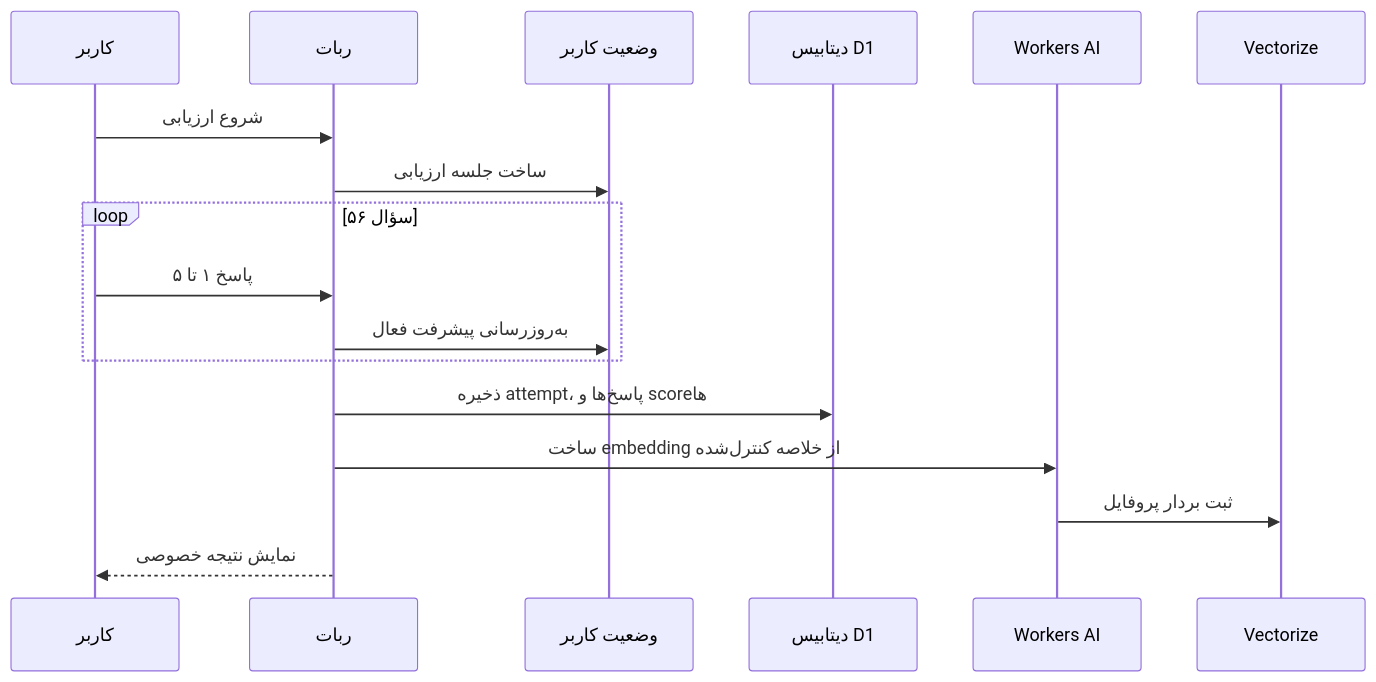
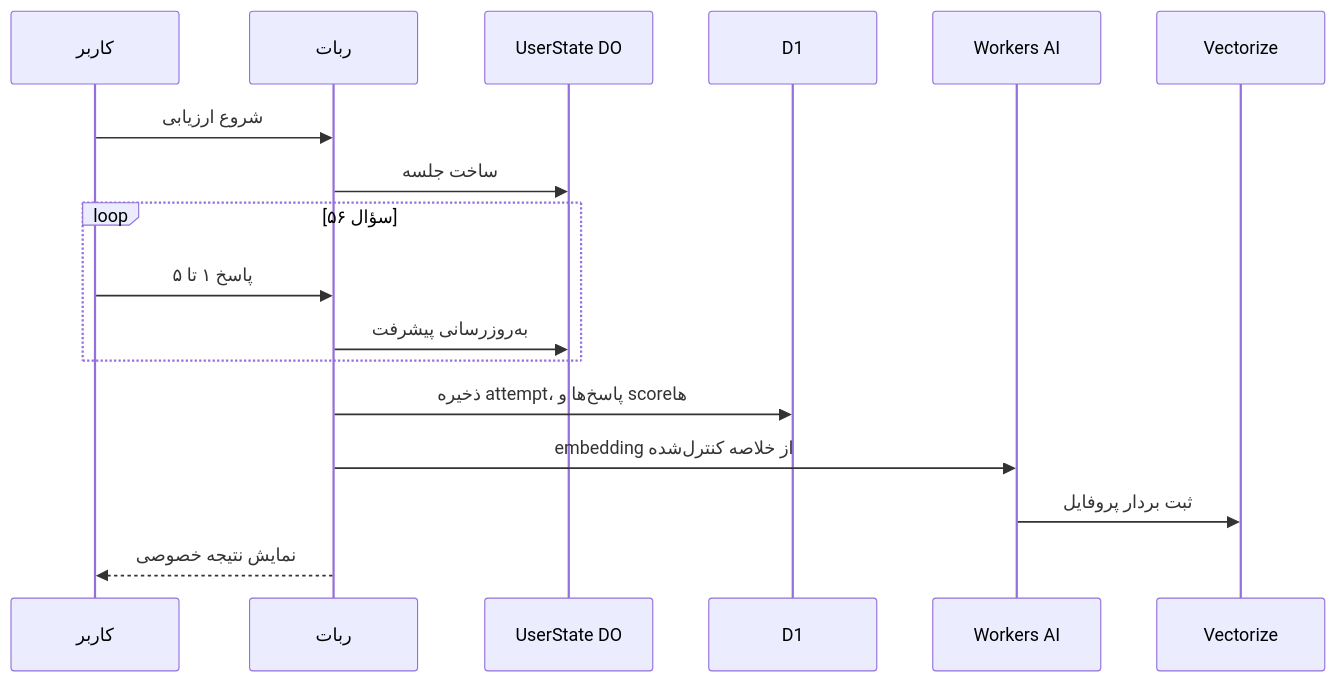
One commit to mohetios/mohetios.dev changed the eighth of 10 diagrams in content/fa/lab/nekonymous-anonymous-messaging-technical-lab.md. Above: the diagram before and after it, drawn with Mermaid. The commit also changed other lines of this file and 4 other files, not shown here.

First line of the commit message:
Align Nekonymous lab and blog with V1 architecture and terminology.

````diff
--- a/content/fa/lab/nekonymous-anonymous-messaging-technical-lab.md
+++ b/content/fa/lab/nekonymous-anonymous-messaging-technical-lab.md
@@ -545,20 +473,20 @@
 ```mermaid
 sequenceDiagram
   participant U as کاربر
   participant B as ربات
-  participant DO as وضعیت کاربر
-  participant D1 as دیتابیس D1
+  participant DO as UserState DO
+  participant D1 as D1
   participant AI as Workers AI
   participant V as Vectorize
 
   U->>B: شروع ارزیابی
-  B->>DO: ساخت جلسه ارزیابی
+  B->>DO: ساخت جلسه
   loop ۵۶ سؤال
     U->>B: پاسخ ۱ تا ۵
-    B->>DO: به‌روزرسانی پیشرفت فعال
+    B->>DO: به‌روزرسانی پیشرفت
   end
   B->>D1: ذخیره attempt، پاسخ‌ها و scoreها
-  B->>AI: ساخت embedding از خلاصه کنترل‌شده
+  B->>AI: embedding از خلاصه کنترل‌شده
   AI->>V: ثبت بردار پروفایل
   B-->>U: نمایش نتیجه خصوصی
 ```
````
